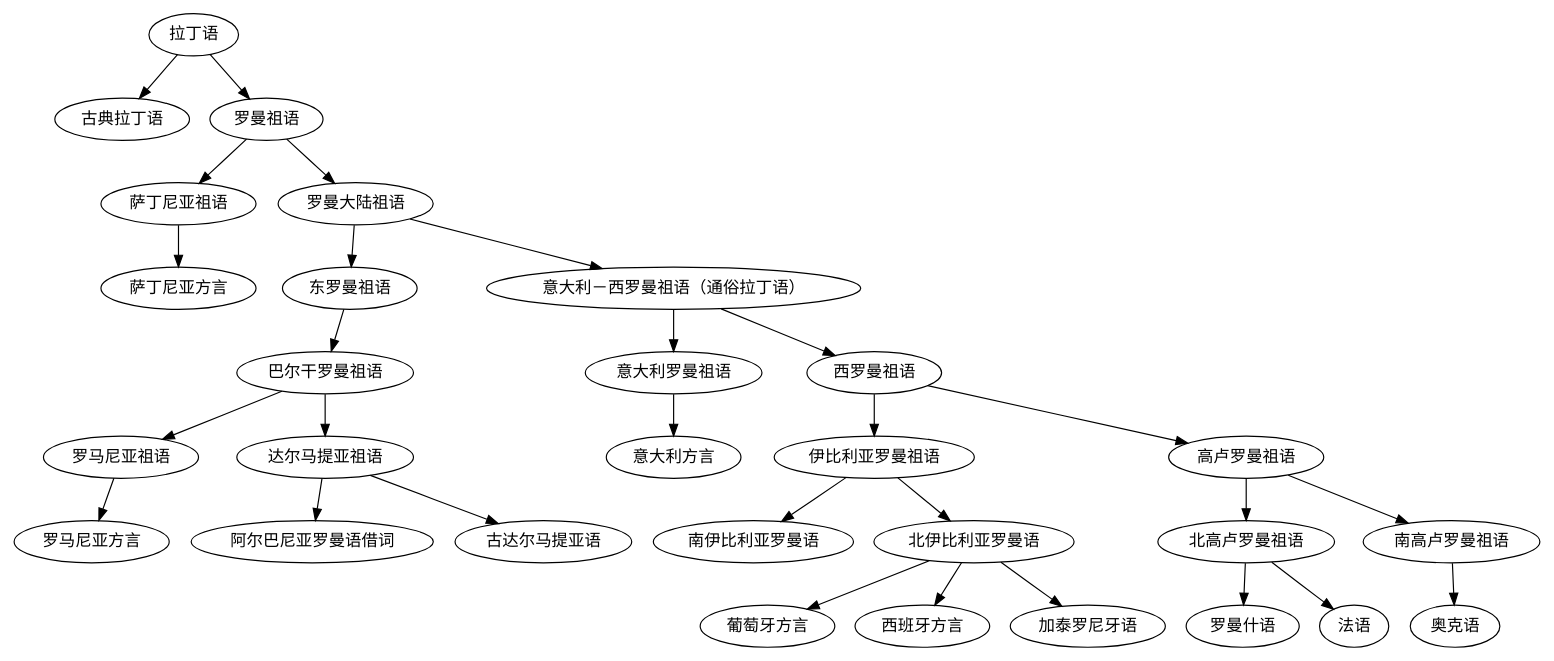
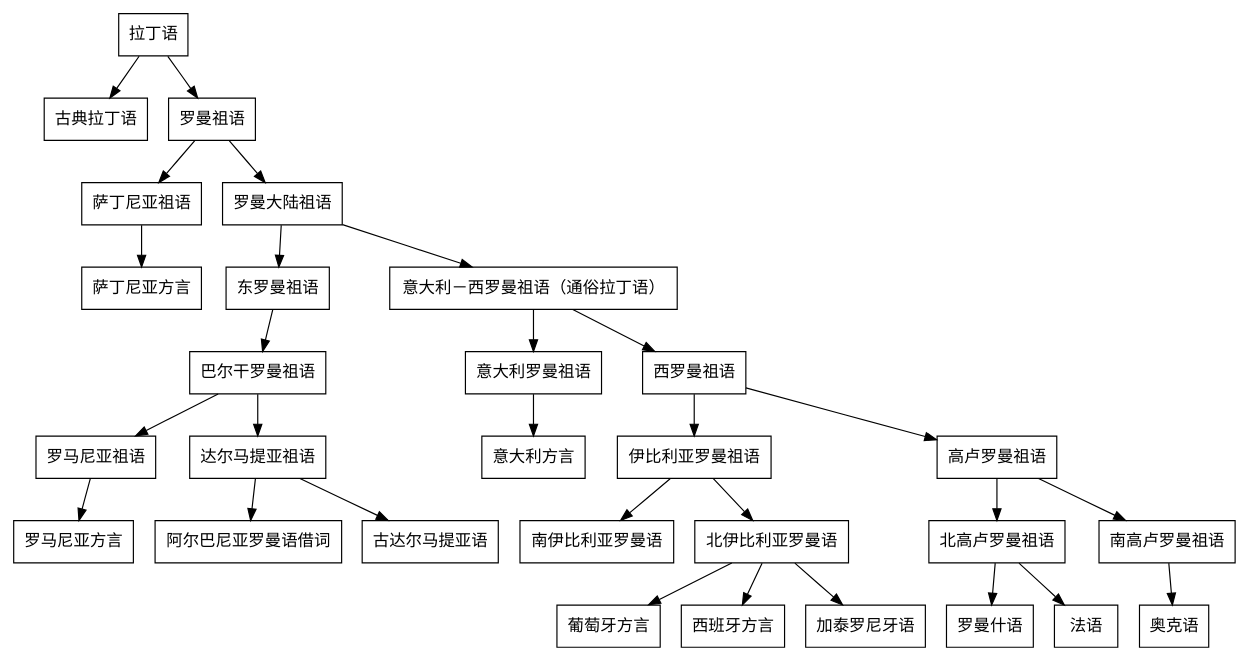
Before and after one commit to winsphinx/FEI: the diagram in fei.org, drawn with Graphviz. The commit also changed other lines of this file and 3 other files, not shown here.

Commit message:
修改插图

```diff
--- a/fei.org
+++ b/fei.org
@@ -58,32 +58,34 @@
-     #+BEGIN_SRC dot :file images/Family.png :exports none
-       digraph D{
-       拉丁语->古典拉丁语;
-       拉丁语->罗曼祖语;
-       罗曼祖语->萨丁尼亚祖语;
-       萨丁尼亚祖语->萨丁尼亚方言;
-       罗曼祖语->罗曼大陆祖语;
-       罗曼大陆祖语->东罗曼祖语;
-       东罗曼祖语->巴尔干罗曼祖语;
-       巴尔干罗曼祖语->罗马尼亚祖语;
-       罗马尼亚祖语->罗马尼亚方言;
-       巴尔干罗曼祖语->达尔马提亚祖语;
-       达尔马提亚祖语->阿尔巴尼亚罗曼语借词;
-       达尔马提亚祖语->古达尔马提亚语;
-       罗曼大陆祖语->意大利－西罗曼祖语（通俗拉丁语）;
-       意大利－西罗曼祖语（通俗拉丁语）->意大利罗曼祖语;
-       意大利罗曼祖语->意大利方言;
-       意大利－西罗曼祖语（通俗拉丁语）->西罗曼祖语;
-       西罗曼祖语->伊比利亚罗曼祖语;
-       伊比利亚罗曼祖语->南伊比利亚罗曼语;
-       伊比利亚罗曼祖语->北伊比利亚罗曼语;
-       北伊比利亚罗曼语->葡萄牙方言;
-       北伊比利亚罗曼语->西班牙方言;
-       北伊比利亚罗曼语->加泰罗尼牙语;
-       西罗曼祖语->高卢罗曼祖语;
-       高卢罗曼祖语->北高卢罗曼祖语;
-       北高卢罗曼祖语->罗曼什语;
-       北高卢罗曼祖语->法语;
-       高卢罗曼祖语->南高卢罗曼祖语;
-       南高卢罗曼祖语->奥克语;
+     #+BEGIN_SRC dot :file images/FamilyMap.png :exports none
+       digraph {
+         edge [fontname="FangSong"];
+         node [shape=box, fontname="FangSong"];
+         拉丁语->古典拉丁语;
+         拉丁语->罗曼祖语;
+         罗曼祖语->萨丁尼亚祖语;
+         萨丁尼亚祖语->萨丁尼亚方言;
+         罗曼祖语->罗曼大陆祖语;
+         罗曼大陆祖语->东罗曼祖语;
+         东罗曼祖语->巴尔干罗曼祖语;
+         巴尔干罗曼祖语->罗马尼亚祖语;
+         罗马尼亚祖语->罗马尼亚方言;
+         巴尔干罗曼祖语->达尔马提亚祖语;
+         达尔马提亚祖语->阿尔巴尼亚罗曼语借词;
+         达尔马提亚祖语->古达尔马提亚语;
+         罗曼大陆祖语->意大利－西罗曼祖语（通俗拉丁语）;
+         意大利－西罗曼祖语（通俗拉丁语）->意大利罗曼祖语;
+         意大利罗曼祖语->意大利方言;
+         意大利－西罗曼祖语（通俗拉丁语）->西罗曼祖语;
+         西罗曼祖语->伊比利亚罗曼祖语;
+         伊比利亚罗曼祖语->南伊比利亚罗曼语;
+         伊比利亚罗曼祖语->北伊比利亚罗曼语;
+         北伊比利亚罗曼语->葡萄牙方言;
+         北伊比利亚罗曼语->西班牙方言;
+         北伊比利亚罗曼语->加泰罗尼牙语;
+         西罗曼祖语->高卢罗曼祖语;
+         高卢罗曼祖语->北高卢罗曼祖语;
+         北高卢罗曼祖语->罗曼什语;
+         北高卢罗曼祖语->法语;
+         高卢罗曼祖语->南高卢罗曼祖语;
+         南高卢罗曼祖语->奥克语;
        }
      #+END_SRC
```
